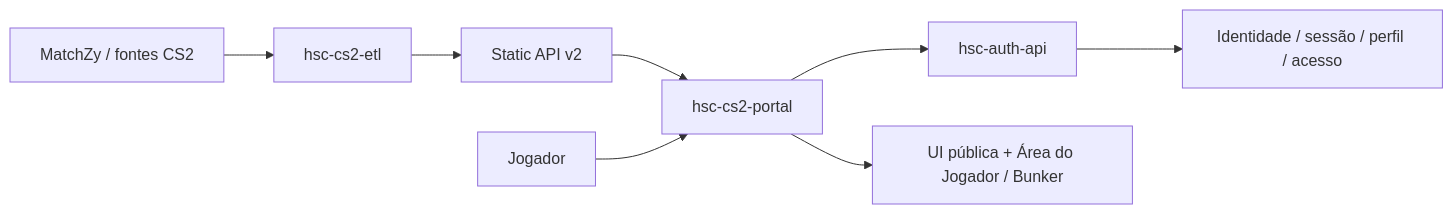
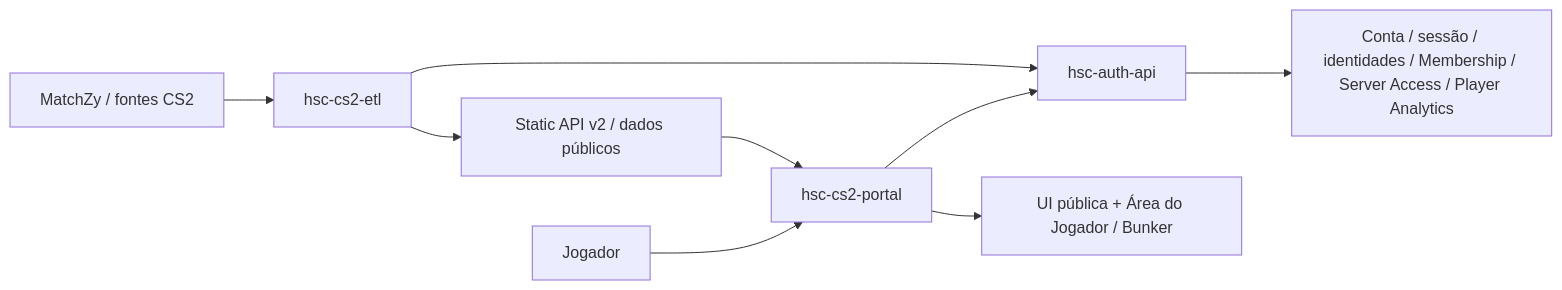
One commit to 14vosx/hsc-cs2-portal changed the diagram in docs/domain.md. Above: the diagram before and after it, drawn with Mermaid. The commit also changed other lines of this file and 8 other files, not shown here.

Commit message:
docs(portal): refresh onboarding and architecture boundaries

````diff
--- a/docs/domain.md
+++ b/docs/domain.md
@@ -13,12 +13,14 @@
 ```mermaid
 flowchart LR
     M[MatchZy / fontes CS2] --> E[hsc-cs2-etl]
-    E --> S[Static API v2]
+    E --> S[Static API v2 / dados públicos]
     S --> P[hsc-cs2-portal]
 
+    E --> A[hsc-auth-api]
+
     J[Jogador] --> P
-    P --> A[hsc-auth-api]
-    A --> I[Identidade / sessão / perfil / acesso]
+    P --> A
+    A --> I[Conta / sessão / identidades / Membership / Server Access / Player Analytics]
 
     P --> V[UI pública + Área do Jogador / Bunker]
 ```
````
